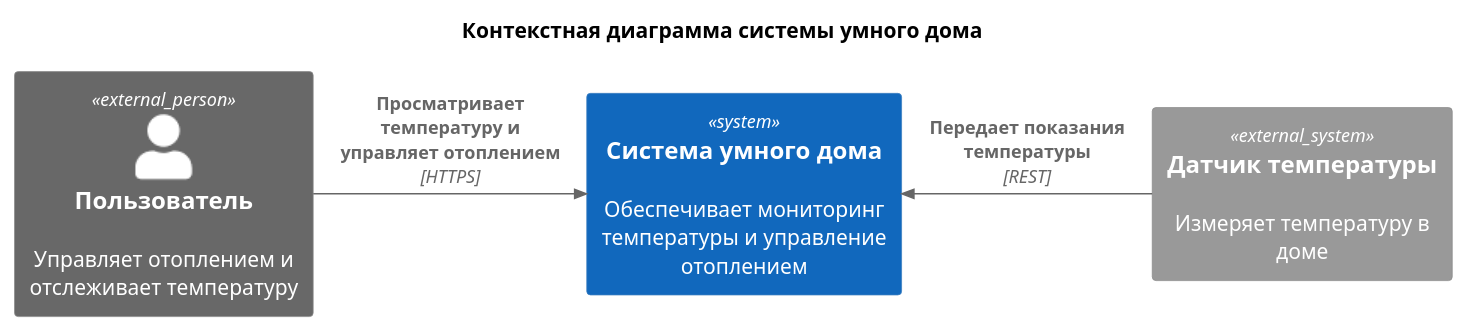
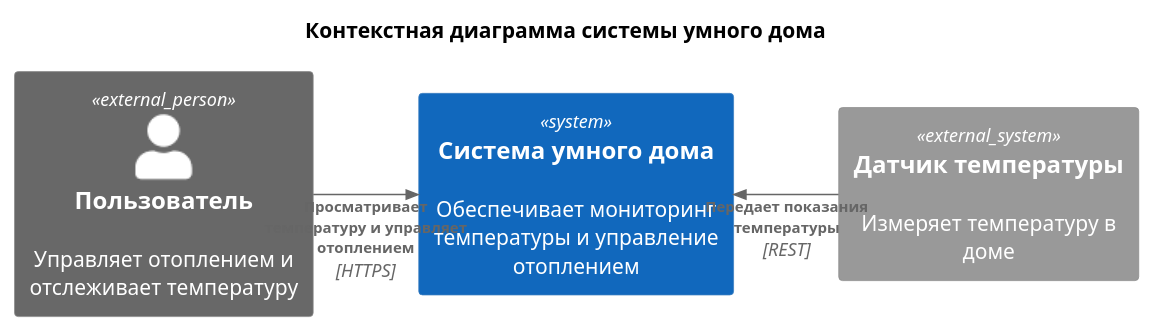
Before and after one commit to CatOrLeader/software-architect-2026-yandex: the diagram in diagrams/context/C4_context.puml, drawn with PlantUML. The commit also changed 8 other files, not shown here.

```diff
--- a/diagrams/context/C4_context.puml
+++ b/diagrams/context/C4_context.puml
@@ -1,14 +1,19 @@
 @startuml
 
 !include https://raw.githubusercontent.com/plantuml-stdlib/C4-PlantUML/master/C4_Context.puml
+
+skinparam linetype ortho
+skinparam nodesep 70
+skinparam ranksep 90
+skinparam ArrowFontSize 10
 
 title Контекстная диаграмма системы умного дома
 
 Person_Ext(user, "Пользователь", "Управляет отоплением и отслеживает температуру")
 System(smartHome, "Система умного дома", "Обеспечивает мониторинг температуры и управление отоплением")
 System_Ext(sensor, "Датчик температуры", "Измеряет температуру в доме")
 
 Rel_R(user, smartHome, "Просматривает температуру и управляет отоплением", "HTTPS")
 Rel_L(sensor, smartHome, "Передает показания температуры", "REST")
 
 @enduml
```
